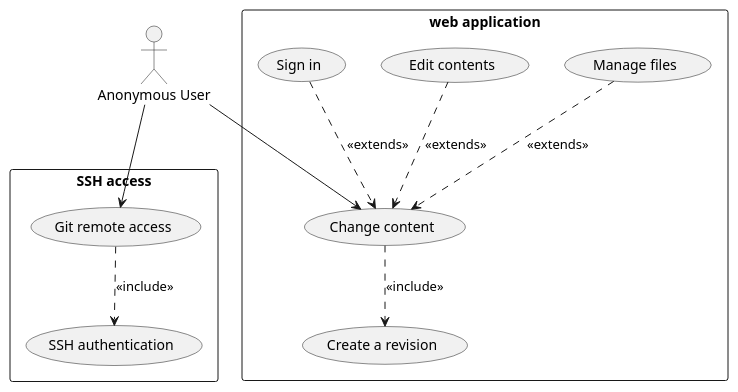
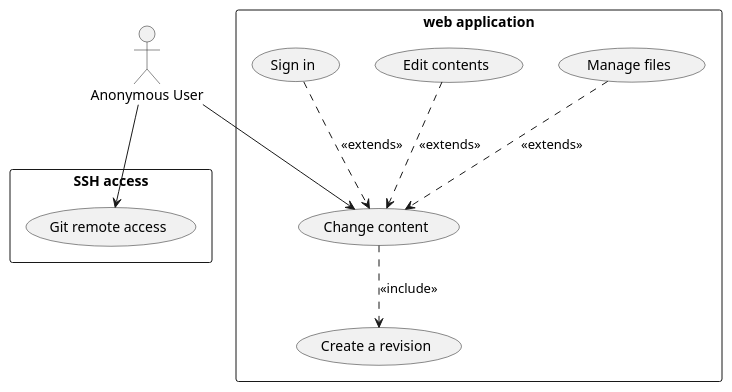
The diagram in src/assets/diagram/browsing.plantuml (smolijar/gitwiki-thesis), drawn with PlantUML before and after one commit.

Commit message:
Remove SSH auth usecase, since it's not really uc

```diff
--- a/src/assets/diagram/browsing.plantuml
+++ b/src/assets/diagram/browsing.plantuml
@@ -1,22 +1,22 @@
 @startuml
 ' left to right direction
 skinparam packageStyle rectangle
 actor "Anonymous User" as ausr
 rectangle "web application" {
     usecase "Change content" as change
     usecase "Manage files" as files
     usecase "Edit contents" as contents
     usecase "Create a revision" as commit
     ausr --> change
     change ..> commit : <<include>>
     (Sign in) ..> change : <<extends>>
     files ..> change : <<extends>>
     contents ..> change : <<extends>>
 }
 rectangle "SSH access" {
-    usecase "SSH authentication" as sshauth
+    ' usecase "SSH authentication" as sshauth
     usecase "Git remote access" as gitr
     ausr --> gitr
-    gitr ..> sshauth : <<include>>    
+    ' gitr ..> sshauth : <<include>>    
 }
 @enduml
```
